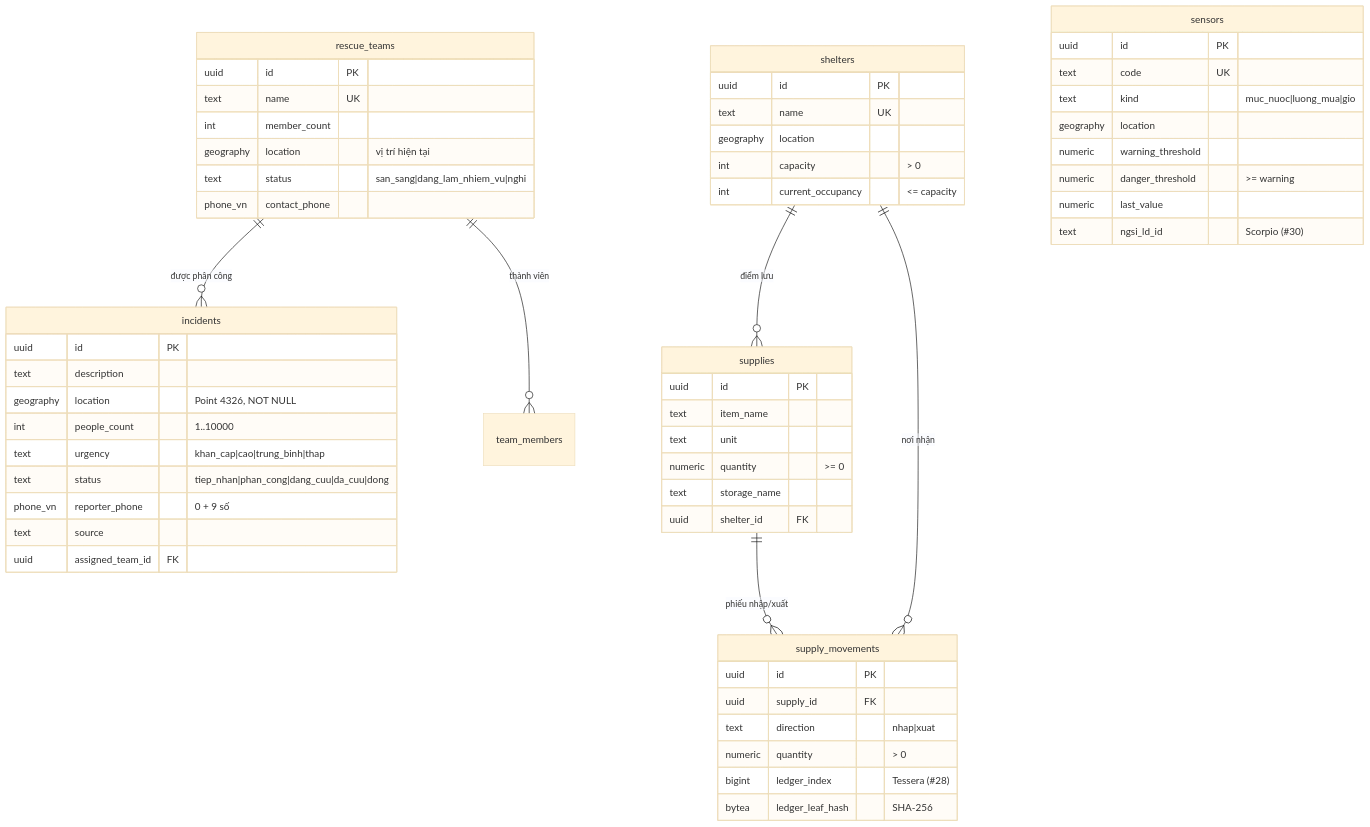
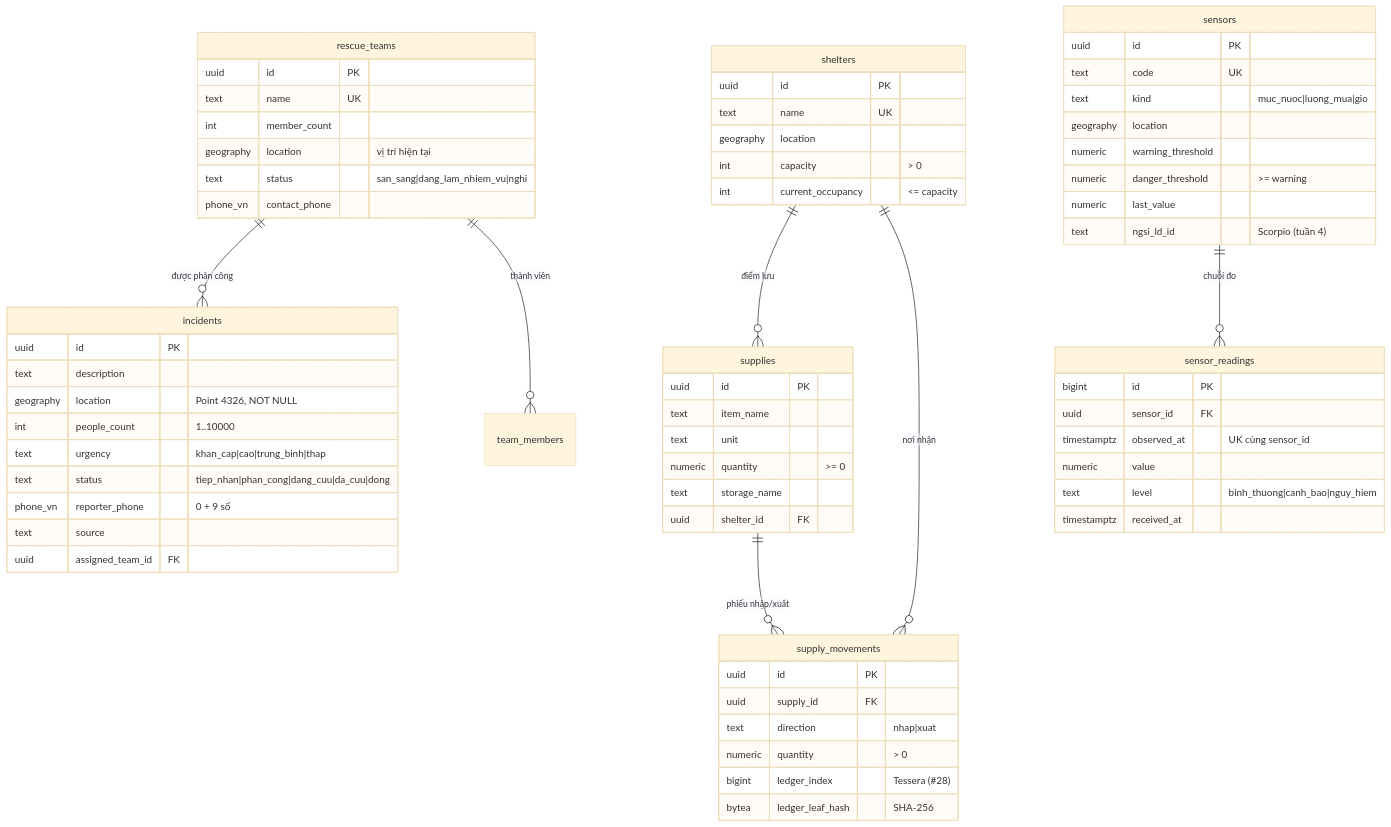
Before and after one commit to disaster-dxos/disaster-dxos: the first of 3 diagrams in apps/cuu-tro/README.md, drawn with Mermaid (base theme). The commit also changed other lines of this file and 35 other files, not shown here.

````diff
--- a/apps/cuu-tro/README.md
+++ b/apps/cuu-tro/README.md
@@ -23,61 +24,70 @@
 ```mermaid
 erDiagram
   rescue_teams ||--o{ incidents : "được phân công"
   shelters ||--o{ supplies : "điểm lưu"
   supplies ||--o{ supply_movements : "phiếu nhập/xuất"
   shelters ||--o{ supply_movements : "nơi nhận"
   rescue_teams ||--o{ team_members : "thành viên"
+  sensors ||--o{ sensor_readings : "chuỗi đo"
 
   incidents {
     uuid id PK
     text description
     geography location "Point 4326, NOT NULL"
     int people_count "1..10000"
     text urgency "khan_cap|cao|trung_binh|thap"
     text status "tiep_nhan|phan_cong|dang_cuu|da_cuu|dong"
     phone_vn reporter_phone "0 + 9 số"
     text source
     uuid assigned_team_id FK
   }
   rescue_teams {
     uuid id PK
     text name UK
     int member_count
     geography location "vị trí hiện tại"
     text status "san_sang|dang_lam_nhiem_vu|nghi"
     phone_vn contact_phone
   }
   shelters {
     uuid id PK
     text name UK
     geography location
     int capacity "> 0"
     int current_occupancy "<= capacity"
   }
   supplies {
     uuid id PK
     text item_name
     text unit
     numeric quantity ">= 0"
     text storage_name
     uuid shelter_id FK
   }
   supply_movements {
     uuid id PK
     uuid supply_id FK
     text direction "nhap|xuat"
     numeric quantity "> 0"
     bigint ledger_index "Tessera (#28)"
     bytea ledger_leaf_hash "SHA-256"
   }
   sensors {
     uuid id PK
     text code UK
     text kind "muc_nuoc|luong_mua|gio"
     geography location
     numeric warning_threshold
     numeric danger_threshold ">= warning"
     numeric last_value
-    text ngsi_ld_id "Scorpio (#30)"
+    text ngsi_ld_id "Scorpio (tuần 4)"
+  }
+  sensor_readings {
+    bigint id PK
+    uuid sensor_id FK
+    timestamptz observed_at "UK cùng sensor_id"
+    numeric value
+    text level "binh_thuong|canh_bao|nguy_hiem"
+    timestamptz received_at
   }
 ```
````
